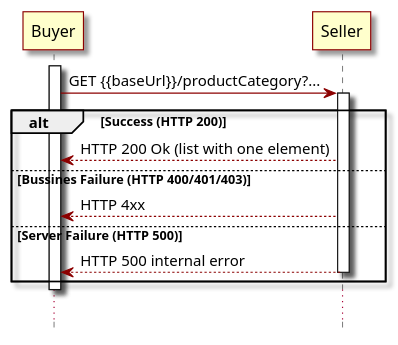
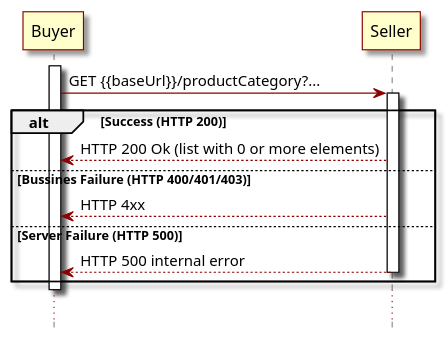
The diagram in documentation/productApi/catalog/media/src/retrieveProductCategoryList-seqFlow.puml (MEF-GIT/MEF-LSO-Sonata-SDK), drawn with PlantUML before and after one commit. The commit also changed 119 other files, not shown here.

```diff
--- a/documentation/productApi/catalog/media/src/retrieveProductCategoryList-seqFlow.puml
+++ b/documentation/productApi/catalog/media/src/retrieveProductCategoryList-seqFlow.puml
@@ -1,37 +1,37 @@
 @startuml
 skinparam {
 participantBorderColor DarkRed
 participantBorderThickness 1
 participantBackgroundColor BUSINESS
 
 LifeLineBorderColor DarkRed
 LifeLineBackgroundColor DarkRed
 
 databaseBorderColor Grey
 databaseBorderThickness 1
 
 shadowing true
 RoundCorner 0
 LineColor DarkRed
 ArrowColor DarkRed
 ArrowThickness 1
 }
 
 hide footbox
 
 participant Buyer as b
 participant Seller as s
 
 activate b
 b -> s++: GET {{baseUrl}}/productCategory?...
 alt Success (HTTP 200)
-b <-- s: HTTP 200 Ok (list with one element) 
+b <-- s: HTTP 200 Ok (list with 0 or more elements) 
 else Bussines Failure (HTTP 400/401/403)
 b <-- s: HTTP 4xx 
 else Server Failure (HTTP 500)
 b <-- s--: HTTP 500 internal error 
 end
 deactivate b
 
 ...
 @enduml
```
